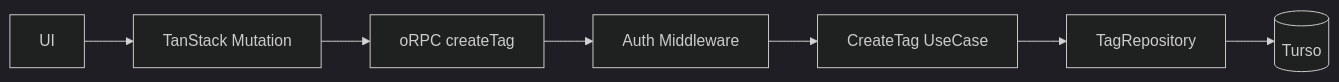
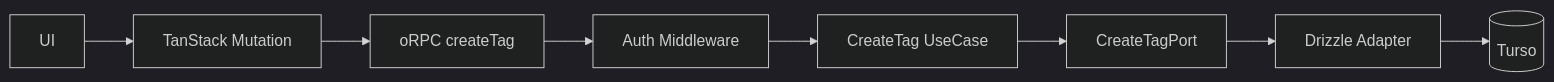
The fifth of 6 diagrams in docs/superpowers/specs/2026-08-22-application-architecture-evolution-design.md (koralle/pantry), drawn with Mermaid (dark theme) before and after one commit. The commit also changed other lines of this file, not shown here.

Commit message:
docs: add concrete architecture code examples

````diff
--- a/docs/superpowers/specs/2026-08-22-application-architecture-evolution-design.md
+++ b/docs/superpowers/specs/2026-08-22-application-architecture-evolution-design.md
@@ -456,17 +585,19 @@
 ```mermaid
 flowchart LR
   UI[UI]
   QUERY[TanStack Mutation]
   RPC[oRPC createTag]
   AUTH[Auth Middleware]
   UC[CreateTag UseCase]
-  REPO[TagRepository]
+  PORT[CreateTagPort]
+  DRIZZLE[Drizzle Adapter]
   DB[(Turso)]
 
   UI --> QUERY
   QUERY --> RPC
   RPC --> AUTH
   AUTH --> UC
-  UC --> REPO
-  REPO --> DB
+  UC --> PORT
+  PORT --> DRIZZLE
+  DRIZZLE --> DB
 ```
````
